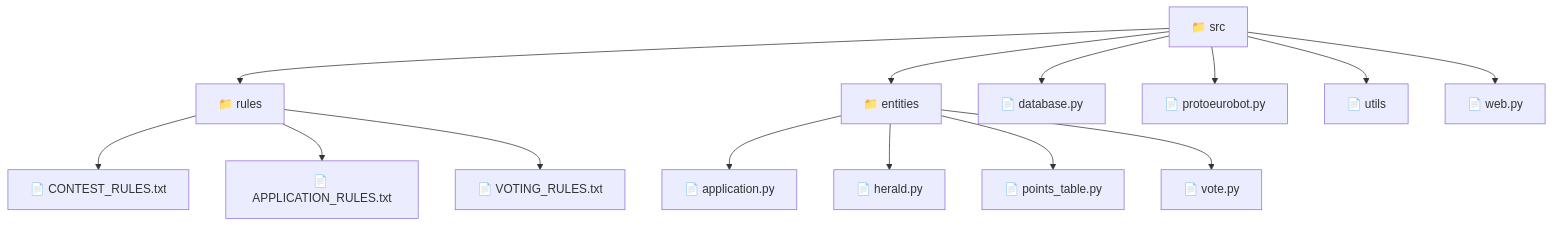
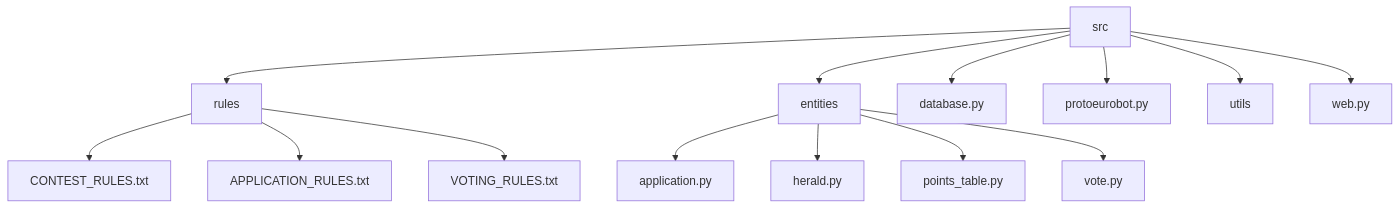
The diagram in README.md (M3VV0/ProtoEuro-bot), drawn with Mermaid before and after one commit.

````diff
--- a/README.md
+++ b/README.md
@@ -9,37 +9,37 @@
 ```mermaid
 flowchart TD
-  repo["📁 src"]
+  repo["src"]
 
-  rules["📁 rules"]
-  entities["📁 entities"]
+  rules["rules"]
+  entities["entities"]
 
-  database["📄 database.py"]
-  protoeurobot["📄 protoeurobot.py"]
-  utils["📄 utils"]
-  web["📄 web.py"]
+  database["database.py"]
+  protoeurobot["protoeurobot.py"]
+  utils["utils"]
+  web["web.py"]
 
-  contest_rules["📄 CONTEST_RULES.txt"]
-  application_rules["📄 APPLICATION_RULES.txt"]
-  voting_rules["📄 VOTING_RULES.txt"]
+  contest_rules["CONTEST_RULES.txt"]
+  application_rules["APPLICATION_RULES.txt"]
+  voting_rules["VOTING_RULES.txt"]
 
-  application["📄 application.py"]
-  herald["📄 herald.py"]
-  points_table["📄 points_table.py"]
-  vote["📄 vote.py"]
+  application["application.py"]
+  herald["herald.py"]
+  points_table["points_table.py"]
+  vote["vote.py"]
 
   repo --> rules
   repo --> database
   repo --> protoeurobot
   repo --> utils
   repo --> web
   repo --> entities
 
   rules --> contest_rules
   rules --> application_rules
   rules --> voting_rules
 
   entities --> application
   entities --> herald
   entities --> points_table
   entities --> vote
 ```
````
